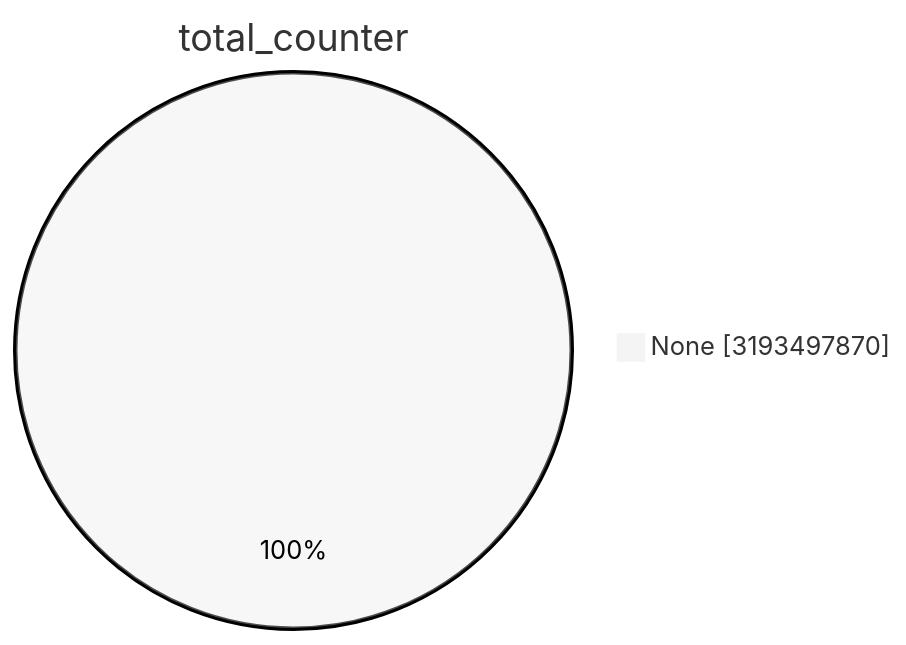
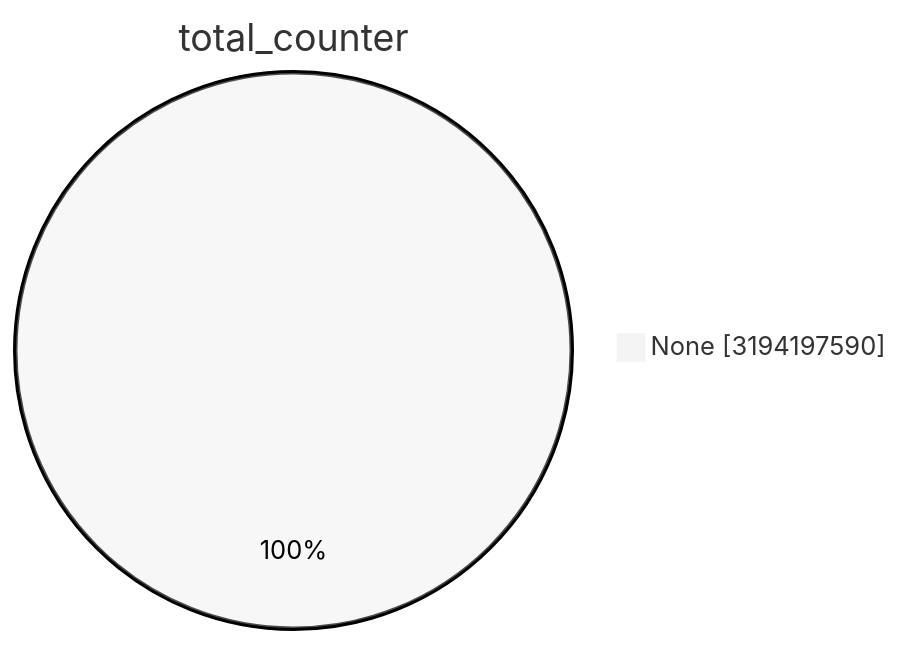
Before and after one commit to christiankrug/ctmonitor_visualization: the first of 15 diagrams in TOTAL/README.md, drawn with Mermaid (neutral theme). The commit also changed other lines of this file, not shown here.

````diff
--- a/TOTAL/README.md
+++ b/TOTAL/README.md
@@ -1,5 +1,5 @@
 ```mermaid
 pie showData
 title total_counter
-"None" :3193497870
+"None" :3194197590
 ```
````
